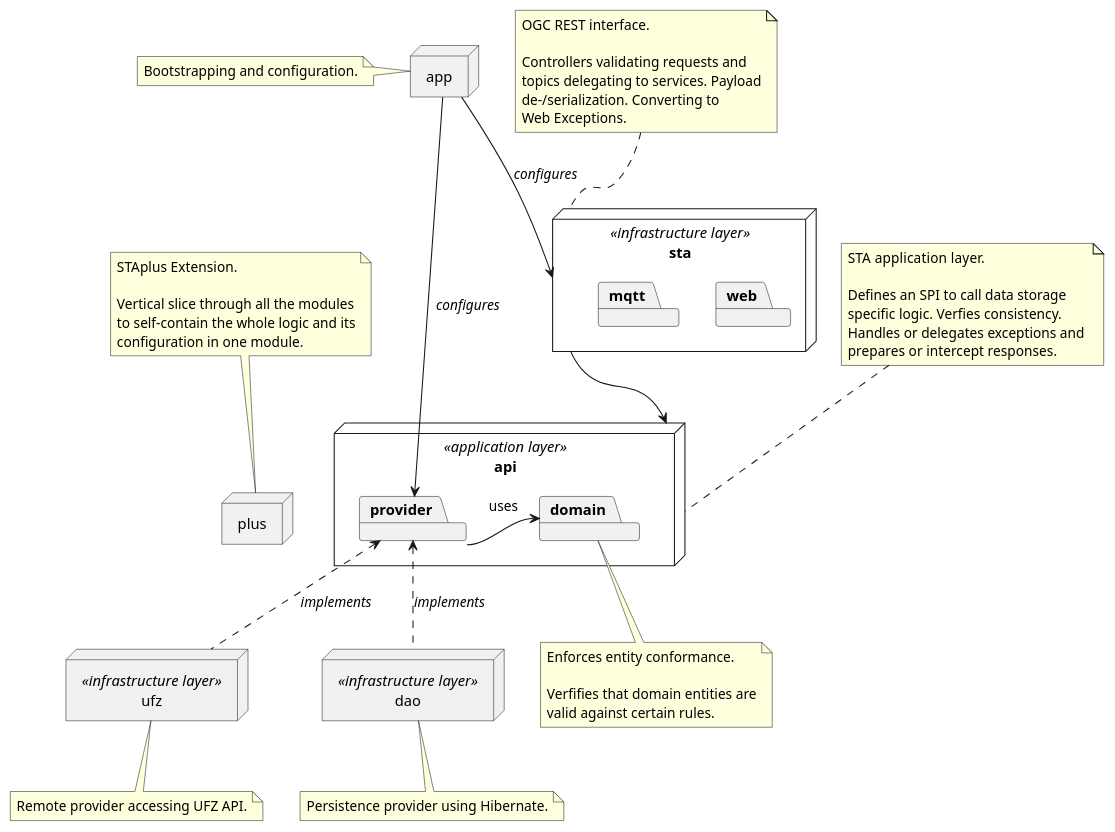
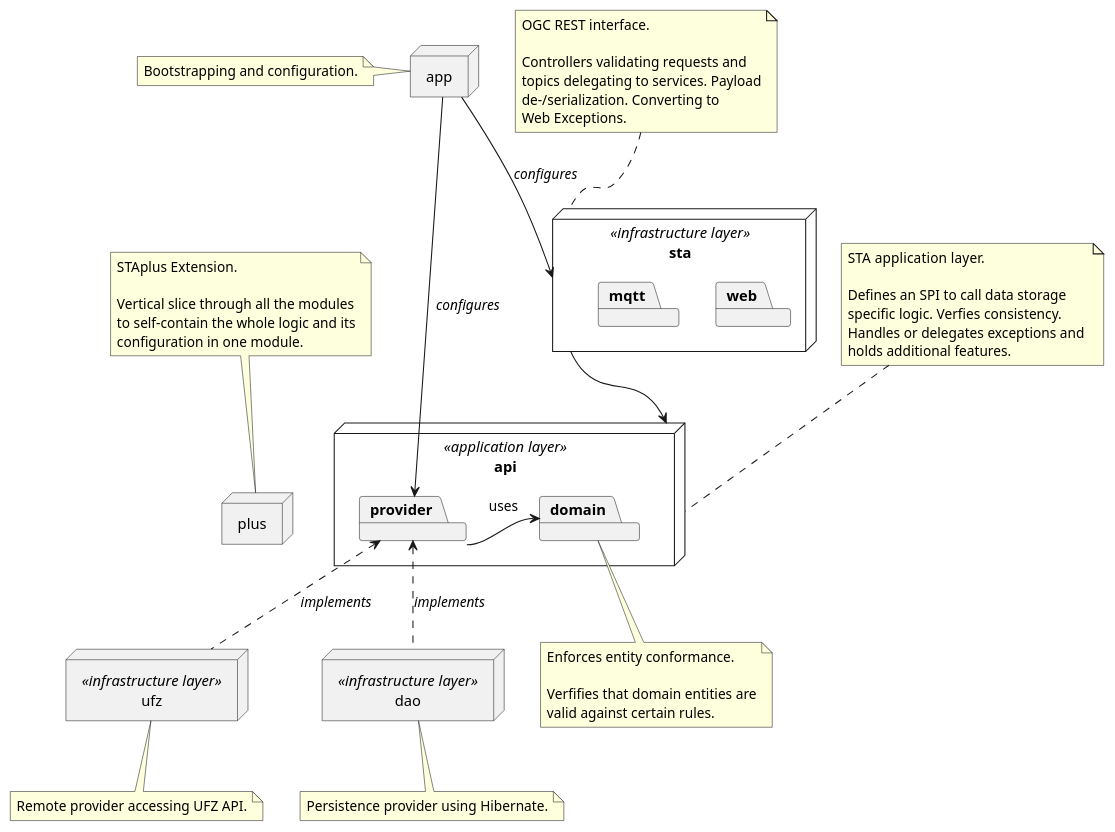
The diagram in docs/diagrams/modules.puml (52North/sensorweb-server-sta), drawn with PlantUML before and after one commit. The commit also changed 11 other files, not shown here.

```diff
--- a/docs/diagrams/modules.puml
+++ b/docs/diagrams/modules.puml
@@ -1,81 +1,81 @@
 @startuml Modules and Dependencies
 
 node app
 node sta <<infrastructure layer>> {
     package web
     package mqtt
 }
 
 note as app_note
   Bootstrapping and configuration.
 end note
 note as sta_note 
   OGC REST interface.
   
   Controllers validating requests and 
   topics delegating to services. Payload
   de-/serialization. Converting to
   Web Exceptions.
 end note
 
 sta_note .. sta
 app_note .r. app
 
 node api <<application layer>> {
     package provider
     package domain
     provider -[norank]-> domain : uses
 }
 note as domain_note
     Enforces entity conformance.
 
     Verfifies that domain entities are
     valid against certain rules.
 end note
 note as api_note 
     STA application layer.
 
     Defines an SPI to call data storage
     specific logic. Verfies consistency.
     Handles or delegates exceptions and 
-    prepares or intercept responses.
+    holds additional features.
 end note
 
 api_note .. api
 domain_note .u. domain
 
 together {
     node ufz <<infrastructure layer>>
     node dao <<infrastructure layer>>
 }
 note as dao_note
     Persistence provider using Hibernate.
 end note
 note as ufz_note
     Remote provider accessing UFZ API.
 end note
 
 dao_note .u. dao
 ufz_note .u. ufz
 
 app --> sta : //configures//
 app --> provider : //configures//
 sta --> api
 
 dao .u.> provider : //implements//
 ufz .u.> provider : //implements//
 
 node plus
 note as plus_note 
   STAplus Extension.
 
   Vertical slice through all the modules
   to self-contain the whole logic and its
   configuration in one module.
 end note
 
 plus_note .. plus
 api -[hidden]l-> plus
 
 
 @enduml
```
